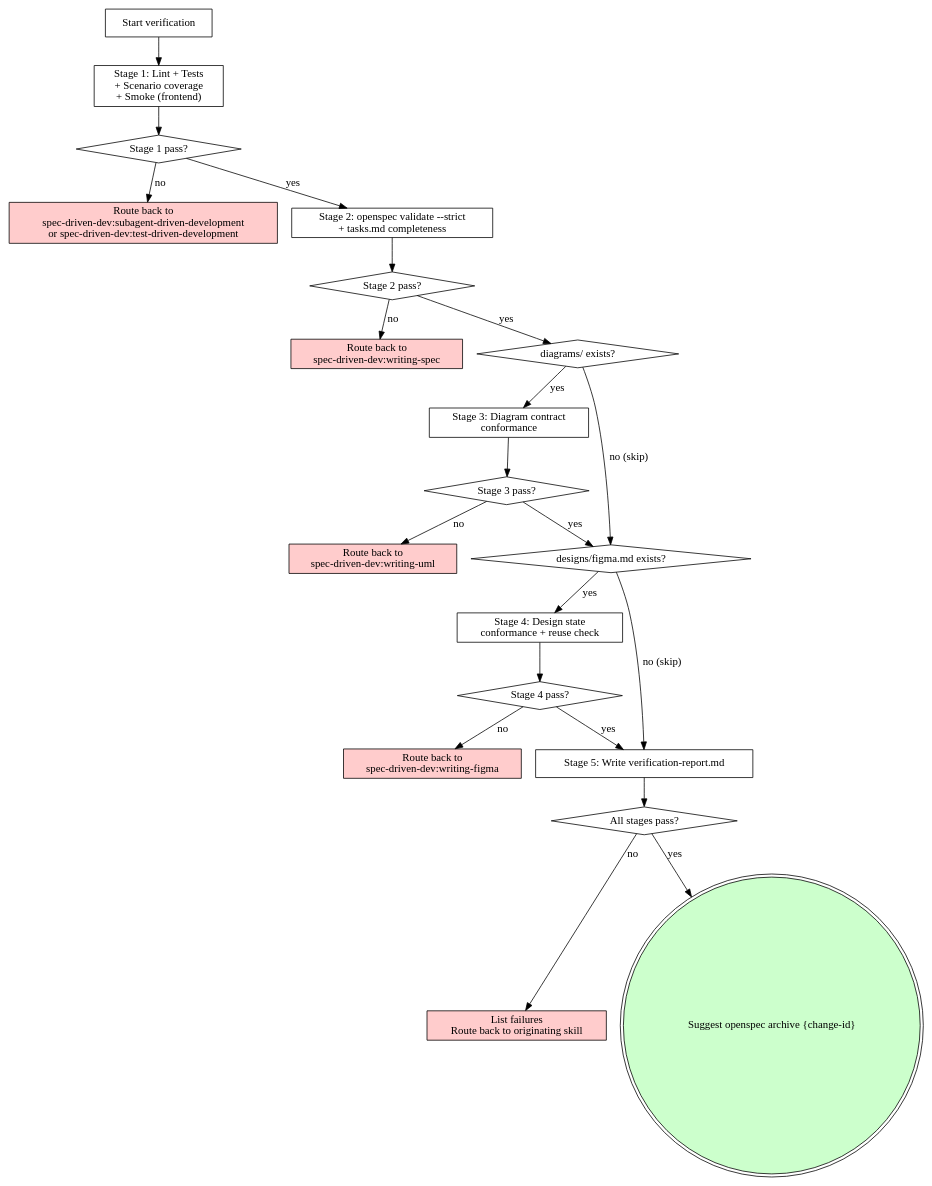
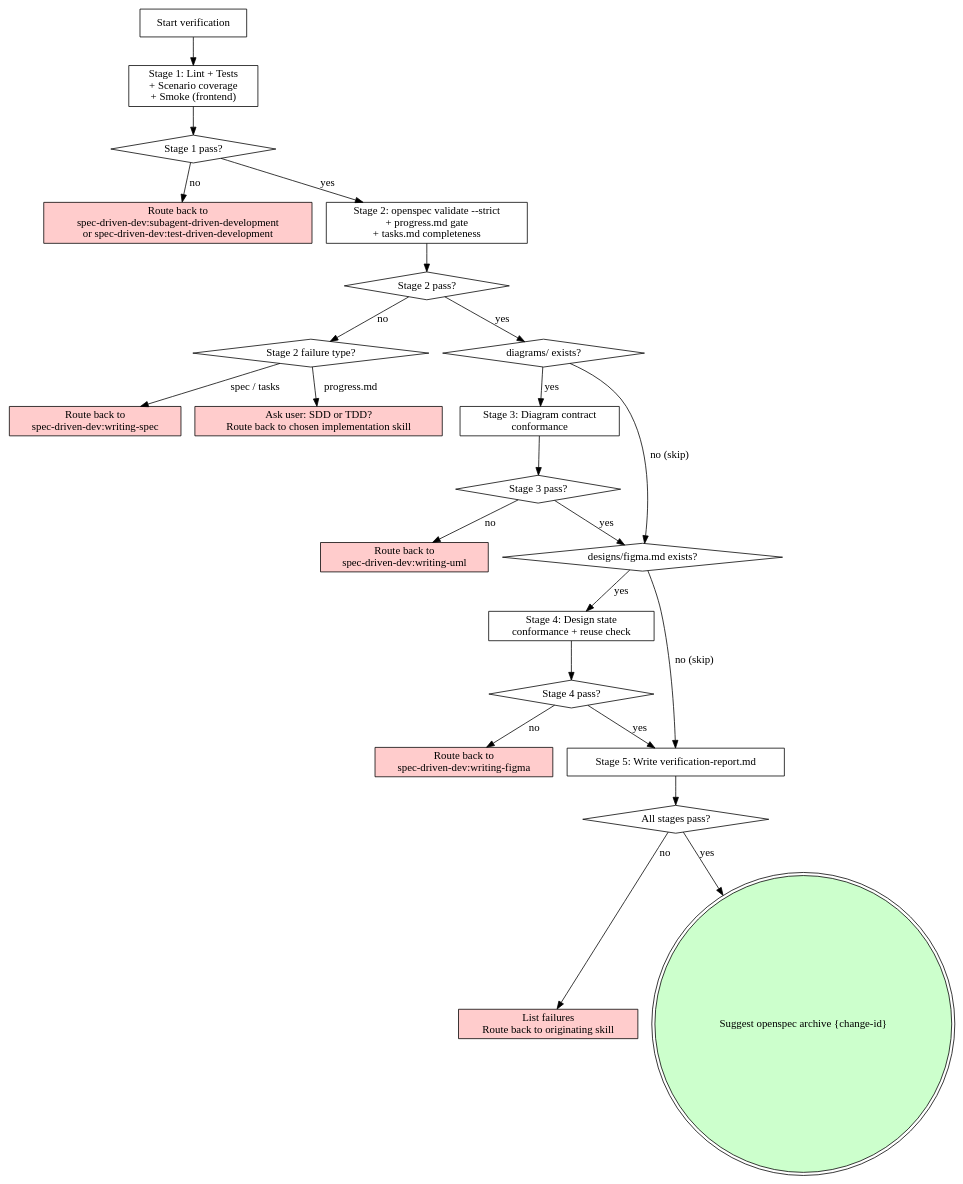
One commit to BIBIOTA/yuki-marketplace changed the diagram in plugins/spec-driven-dev/skills/verification-before-completion/SKILL.md. Above: the diagram before and after it, drawn with Graphviz. The commit also changed other lines of this file, not shown here.

First line of the commit message:
docs: add progress.md gate to verification Stage 2

````diff
--- a/plugins/spec-driven-dev/skills/verification-before-completion/SKILL.md
+++ b/plugins/spec-driven-dev/skills/verification-before-completion/SKILL.md
@@ -99,46 +105,50 @@
 ```dot
 digraph verification_before_completion {
     rankdir=TB;
 
     "Start verification" [shape=box];
     "Stage 1: Lint + Tests\n+ Scenario coverage\n+ Smoke (frontend)" [shape=box];
     "Stage 1 pass?" [shape=diamond];
     "Route back to\nspec-driven-dev:subagent-driven-development\nor spec-driven-dev:test-driven-development" [shape=box, style=filled, fillcolor="#ffcccc"];
-    "Stage 2: openspec validate --strict\n+ tasks.md completeness" [shape=box];
+    "Stage 2: openspec validate --strict\n+ progress.md gate\n+ tasks.md completeness" [shape=box];
     "Stage 2 pass?" [shape=diamond];
+    "Stage 2 failure type?" [shape=diamond];
     "Route back to\nspec-driven-dev:writing-spec" [shape=box, style=filled, fillcolor="#ffcccc"];
+    "Ask user: SDD or TDD?\nRoute back to chosen implementation skill" [shape=box, style=filled, fillcolor="#ffcccc"];
     "diagrams/ exists?" [shape=diamond];
     "Stage 3: Diagram contract\nconformance" [shape=box];
     "Stage 3 pass?" [shape=diamond];
     "Route back to\nspec-driven-dev:writing-uml" [shape=box, style=filled, fillcolor="#ffcccc"];
     "designs/figma.md exists?" [shape=diamond];
     "Stage 4: Design state\nconformance + reuse check" [shape=box];
     "Stage 4 pass?" [shape=diamond];
     "Route back to\nspec-driven-dev:writing-figma" [shape=box, style=filled, fillcolor="#ffcccc"];
     "Stage 5: Write verification-report.md" [shape=box];
     "All stages pass?" [shape=diamond];
     "List failures\nRoute back to originating skill" [shape=box, style=filled, fillcolor="#ffcccc"];
     "Suggest openspec archive {change-id}" [shape=doublecircle, style=filled, fillcolor="#ccffcc"];
 
     "Start verification" -> "Stage 1: Lint + Tests\n+ Scenario coverage\n+ Smoke (frontend)";
     "Stage 1: Lint + Tests\n+ Scenario coverage\n+ Smoke (frontend)" -> "Stage 1 pass?";
-    "Stage 1 pass?" -> "Stage 2: openspec validate --strict\n+ tasks.md completeness" [label="yes"];
+    "Stage 1 pass?" -> "Stage 2: openspec validate --strict\n+ progress.md gate\n+ tasks.md completeness" [label="yes"];
     "Stage 1 pass?" -> "Route back to\nspec-driven-dev:subagent-driven-development\nor spec-driven-dev:test-driven-development" [label="no"];
-    "Stage 2: openspec validate --strict\n+ tasks.md completeness" -> "Stage 2 pass?";
+    "Stage 2: openspec validate --strict\n+ progress.md gate\n+ tasks.md completeness" -> "Stage 2 pass?";
     "Stage 2 pass?" -> "diagrams/ exists?" [label="yes"];
-    "Stage 2 pass?" -> "Route back to\nspec-driven-dev:writing-spec" [label="no"];
+    "Stage 2 pass?" -> "Stage 2 failure type?" [label="no"];
+    "Stage 2 failure type?" -> "Route back to\nspec-driven-dev:writing-spec" [label="spec / tasks"];
+    "Stage 2 failure type?" -> "Ask user: SDD or TDD?\nRoute back to chosen implementation skill" [label="progress.md"];
     "diagrams/ exists?" -> "Stage 3: Diagram contract\nconformance" [label="yes"];
     "diagrams/ exists?" -> "designs/figma.md exists?" [label="no (skip)"];
     "Stage 3: Diagram contract\nconformance" -> "Stage 3 pass?";
     "Stage 3 pass?" -> "designs/figma.md exists?" [label="yes"];
     "Stage 3 pass?" -> "Route back to\nspec-driven-dev:writing-uml" [label="no"];
     "designs/figma.md exists?" -> "Stage 4: Design state\nconformance + reuse check" [label="yes"];
     "designs/figma.md exists?" -> "Stage 5: Write verification-report.md" [label="no (skip)"];
     "Stage 4: Design state\nconformance + reuse check" -> "Stage 4 pass?";
     "Stage 4 pass?" -> "Stage 5: Write verification-report.md" [label="yes"];
     "Stage 4 pass?" -> "Route back to\nspec-driven-dev:writing-figma" [label="no"];
     "Stage 5: Write verification-report.md" -> "All stages pass?";
     "All stages pass?" -> "Suggest openspec archive {change-id}" [label="yes"];
     "All stages pass?" -> "List failures\nRoute back to originating skill" [label="no"];
 }
 ```
````
